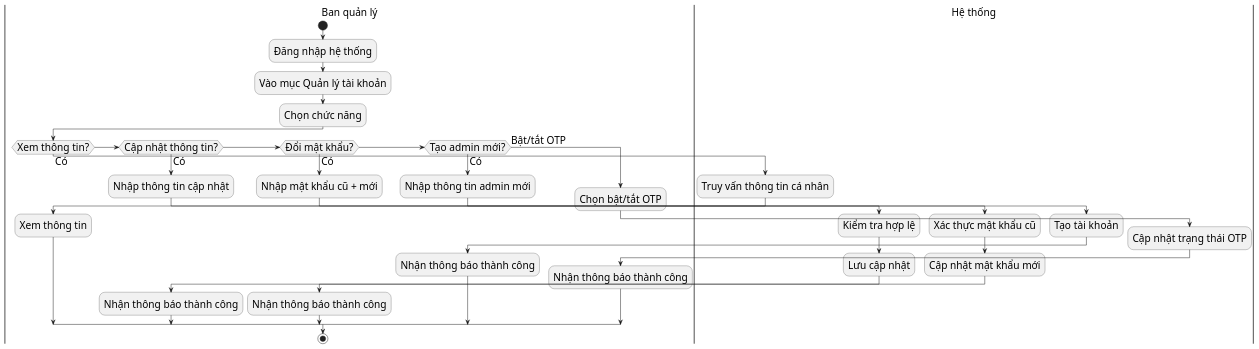
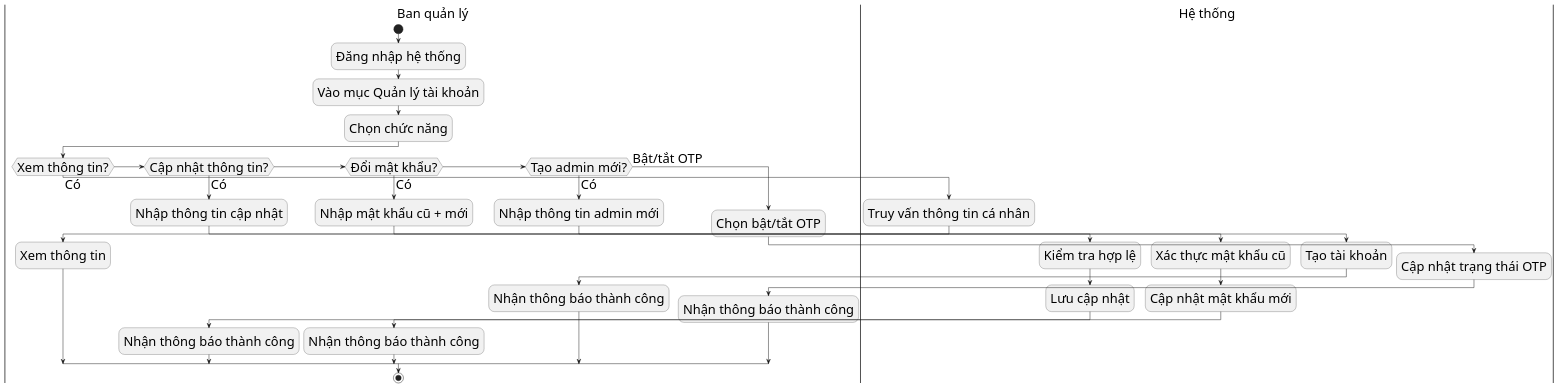
Before and after one commit to s0nbuildtech287/dormitory-frontend: the diagram in diagrams/nhomtaikhoan/account_admin_activity.puml, drawn with PlantUML. The commit also changed 5 other files, not shown here.

```diff
--- a/diagrams/nhomtaikhoan/account_admin_activity.puml
+++ b/diagrams/nhomtaikhoan/account_admin_activity.puml
@@ -1,46 +1,46 @@
 @startuml "Admin Account Management Activity"
-skinparam defaultFontSize 22
+skinparam defaultFontSize 28
 skinparam defaultFontName "Times New Roman"
 |Ban quản lý|
 start
 :Đăng nhập hệ thống;
 :Vào mục Quản lý tài khoản;
 :Chọn chức năng;
 if (Xem thông tin?) then (Có)
   |Hệ thống|
   :Truy vấn thông tin cá nhân;
   |Ban quản lý|
   :Xem thông tin;
 elseif (Cập nhật thông tin?) then (Có)
   |Ban quản lý|
   :Nhập thông tin cập nhật;
   |Hệ thống|
   :Kiểm tra hợp lệ;
   :Lưu cập nhật;
   |Ban quản lý|
   :Nhận thông báo thành công;
 elseif (Đổi mật khẩu?) then (Có)
   |Ban quản lý|
   :Nhập mật khẩu cũ + mới;
   |Hệ thống|
   :Xác thực mật khẩu cũ;
   :Cập nhật mật khẩu mới;
   |Ban quản lý|
   :Nhận thông báo thành công;
 elseif (Tạo admin mới?) then (Có)
   |Ban quản lý|
   :Nhập thông tin admin mới;
   |Hệ thống|
   :Tạo tài khoản;
   |Ban quản lý|
   :Nhận thông báo thành công;
 else (Bật/tắt OTP)
   |Ban quản lý|
   :Chọn bật/tắt OTP;
   |Hệ thống|
   :Cập nhật trạng thái OTP;
   |Ban quản lý|
   :Nhận thông báo thành công;
 endif
 stop
 @enduml
```
